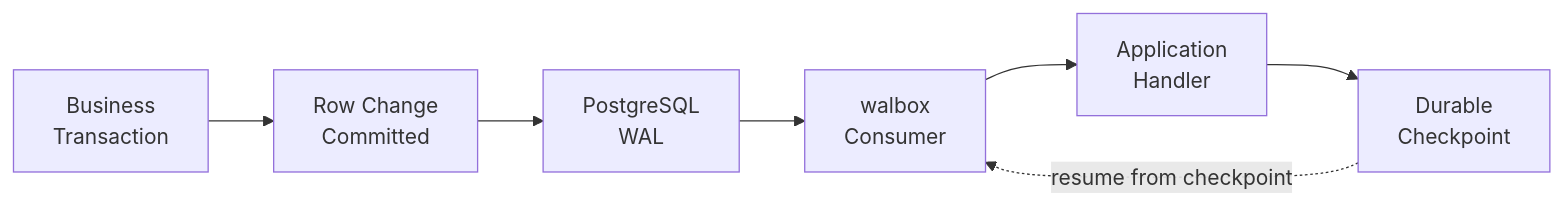
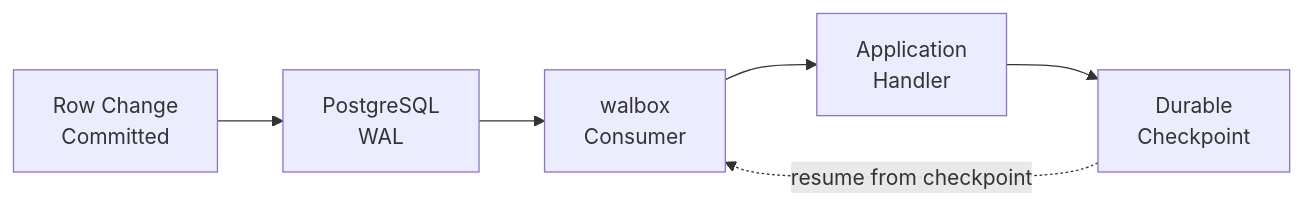
Before and after one commit to mochams/walbox: the diagram in docs/index.md, drawn with Mermaid. The commit also changed other lines of this file and 23 other files, not shown here.

````diff
--- a/docs/index.md
+++ b/docs/index.md
@@ -27,9 +27,9 @@
 ```mermaid
 graph LR
-    A["Business<br/>Transaction"] --> B["Row Change<br/>Committed"]
+    B["Row Change<br/>Committed"]
     B --> C["PostgreSQL<br/>WAL"]
     C --> D["walbox<br/>Consumer"]
     D --> E["Application<br/>Handler"]
     E --> F["Durable<br/>Checkpoint"]
     F -.->|resume from checkpoint| D
 ```
````
